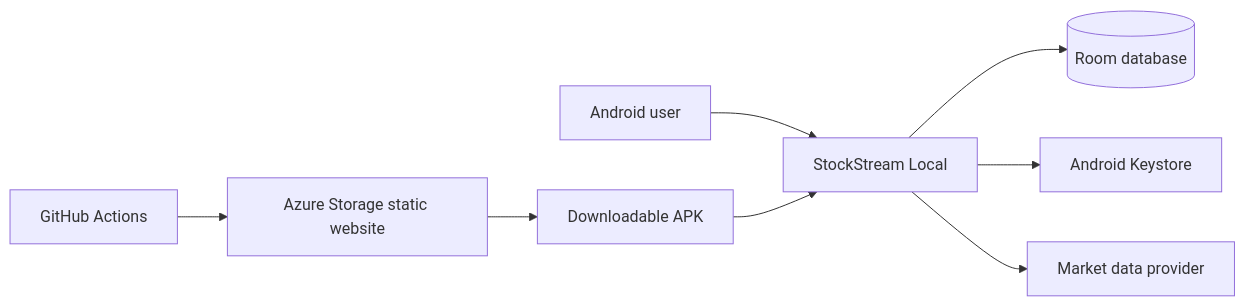
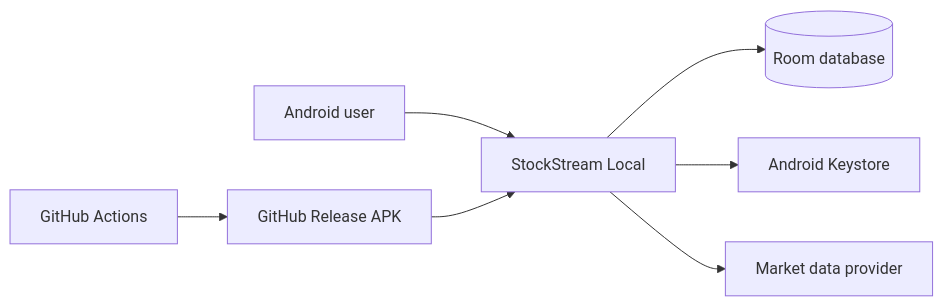
Before and after one commit to jwgmpi-wolff/devicehoste_stock_streamer: the diagram in README.md, drawn with Mermaid. The commit also changed other lines of this file and 5 other files, not shown here.

````diff
--- a/README.md
+++ b/README.md
@@ -26,10 +24,9 @@
 ```mermaid
 flowchart LR
     User[Android user] --> App[StockStream Local]
     App --> Room[(Room database)]
     App --> Secure[Android Keystore]
     App --> Provider[Market data provider]
-    GitHub[GitHub Actions] --> Storage[Azure Storage static website]
-    Storage --> APK[Downloadable APK]
+    GitHub[GitHub Actions] --> APK[GitHub Release APK]
     APK --> App
 ```
````
